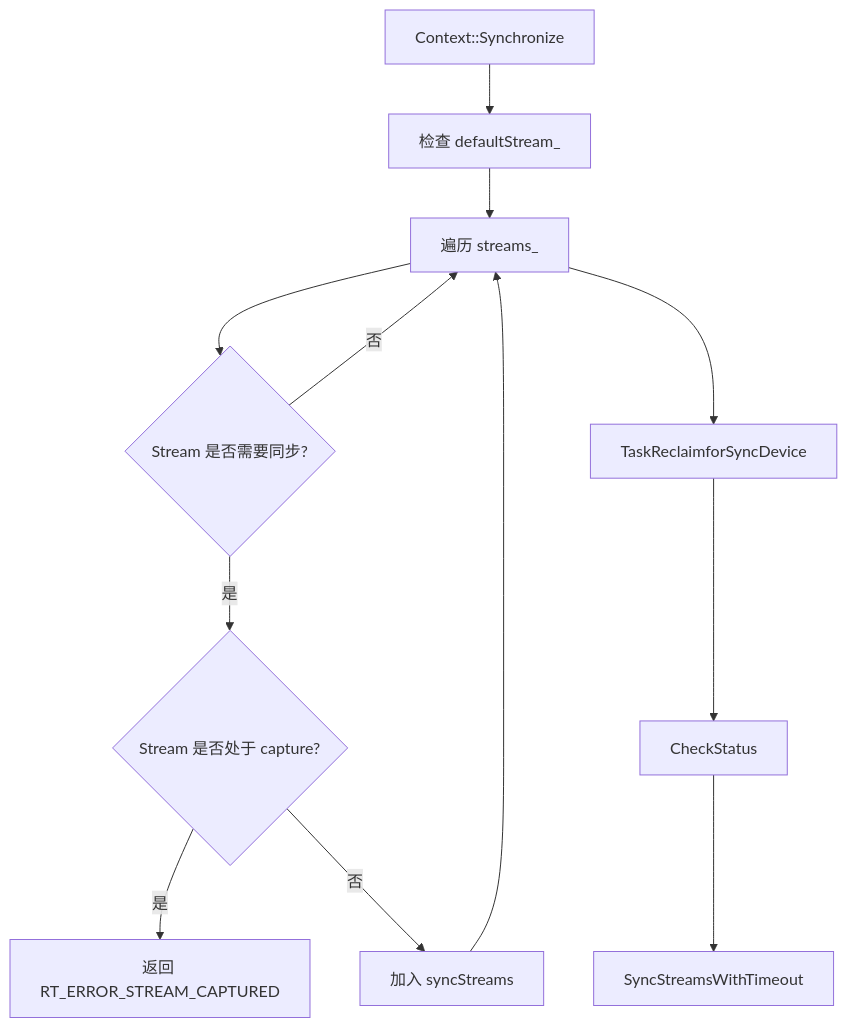
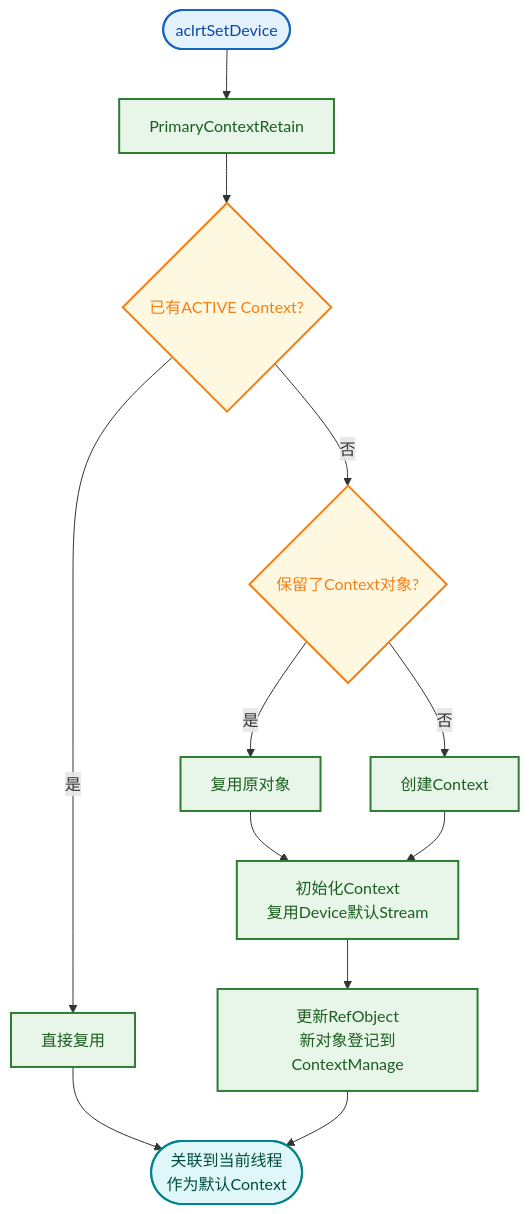
Before and after one commit to 18liumin/runtime: the fourth of 15 diagrams in docs/zh/design/modules/context/context.md, drawn with Mermaid. The commit also changed other lines of this file, not shown here.

First line of the commit message:
【PR】【doc】: update module context doc

````diff
--- a/docs/zh/design/modules/context/context.md
+++ b/docs/zh/design/modules/context/context.md
@@ -407,14 +217,19 @@
 ```mermaid
 flowchart TD
-    A[Context::Synchronize] --> B[检查 defaultStream_]
-    B --> C[遍历 streams_]
-    C --> D{Stream 是否需要同步?}
-    D -->|否| C
-    D -->|是| E{Stream 是否处于 capture?}
-    E -->|是| F[返回 RT_ERROR_STREAM_CAPTURED]
-    E -->|否| G[加入 syncStreams]
-    G --> C
-    C --> H[TaskReclaimforSyncDevice]
-    H --> I[CheckStatus]
-    I --> J[SyncStreamsWithTimeout]
+    classDef entryStyle fill:#E3F2FD,stroke:#1565C0,stroke-width:2px,color:#0D47A1
+    classDef processStyle fill:#E8F5E9,stroke:#2E7D32,stroke-width:2px,color:#1B5E20
+    classDef decisionStyle fill:#FFF8E1,stroke:#F57F17,stroke-width:2px,color:#F57F17
+    classDef resultStyle fill:#E0F7FA,stroke:#00838F,stroke-width:2px,color:#004D40
+
+    A(["aclrtSetDevice"]):::entryStyle --> B["PrimaryContextRetain"]:::processStyle
+    B --> C{"已有ACTIVE Context?"}:::decisionStyle
+    C -->|是| D["直接复用"]:::processStyle
+    C -->|否| E{"保留了Context对象?"}:::decisionStyle
+    E -->|是| F["复用原对象"]:::processStyle
+    E -->|否| G["创建Context"]:::processStyle
+    F --> H["初始化Context<br/>复用Device默认Stream"]:::processStyle
+    G --> H
+    H --> I["更新RefObject<br/>新对象登记到ContextManage"]:::processStyle
+    D --> J(["关联到当前线程<br/>作为默认Context"]):::resultStyle
+    I --> J
 ```
````
